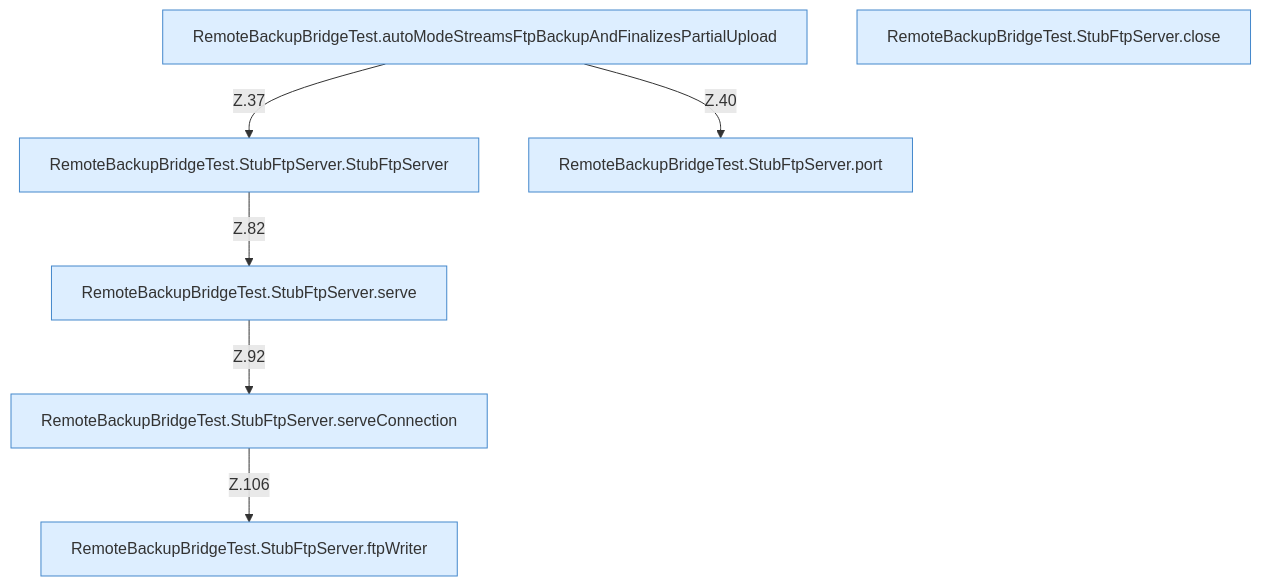
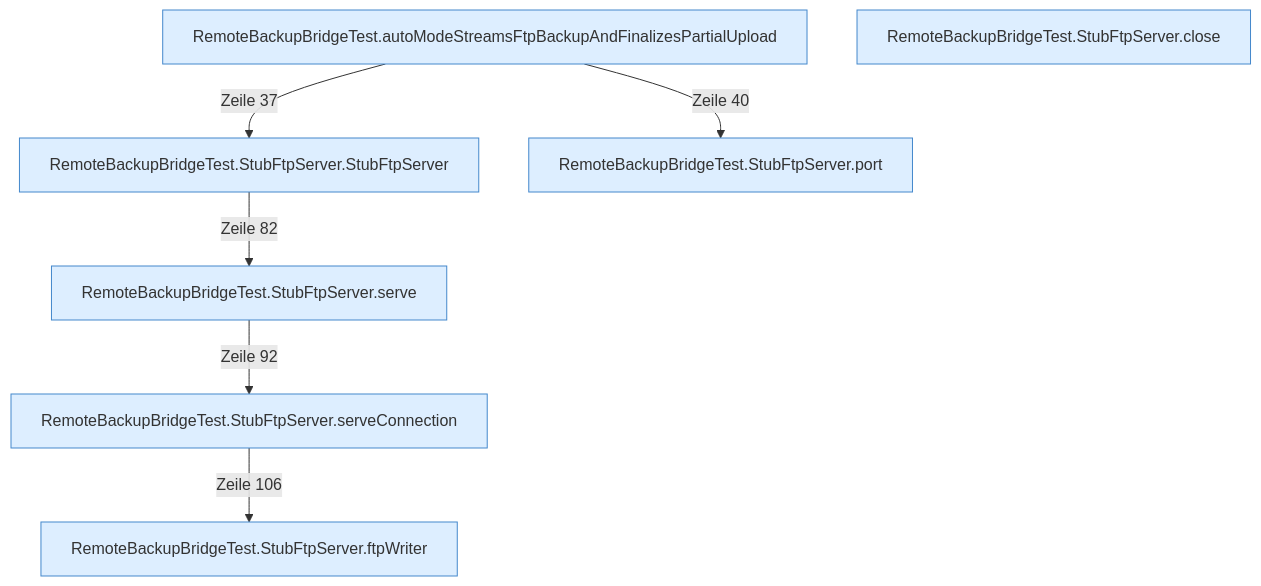
The diagram in RemoteBackupBridgeTest.md (PrinceDiamant/minecraft-serverhoster-plugin), drawn with Mermaid before and after one commit. The commit also changed other lines of this file and 2005 other files, not shown here.

````diff
--- a/RemoteBackupBridgeTest.md
+++ b/RemoteBackupBridgeTest.md
@@ -5,17 +5,17 @@
 ```mermaid
 flowchart TD
   n1["RemoteBackupBridgeTest.autoModeStreamsFtpBackupAndFinalizesPartialUpload"]:::internal-link
   n2["RemoteBackupBridgeTest.StubFtpServer.StubFtpServer"]:::internal-link
   n3["RemoteBackupBridgeTest.StubFtpServer.port"]:::internal-link
   n4["RemoteBackupBridgeTest.StubFtpServer.serve"]:::internal-link
   n5["RemoteBackupBridgeTest.StubFtpServer.serveConnection"]:::internal-link
   n6["RemoteBackupBridgeTest.StubFtpServer.ftpWriter"]:::internal-link
   n7["RemoteBackupBridgeTest.StubFtpServer.close"]:::internal-link
-  n1 -->|"Z.37"| n2
-  n1 -->|"Z.40"| n3
-  n2 -->|"Z.82"| n4
-  n4 -->|"Z.92"| n5
-  n5 -->|"Z.106"| n6
+  n1 -->|"Zeile 37"| n2
+  n1 -->|"Zeile 40"| n3
+  n2 -->|"Zeile 82"| n4
+  n4 -->|"Zeile 92"| n5
+  n5 -->|"Zeile 106"| n6
   classDef internal-link fill:#ddeeff,stroke:#4488cc
   classDef befund fill:#f88
 ```
````
